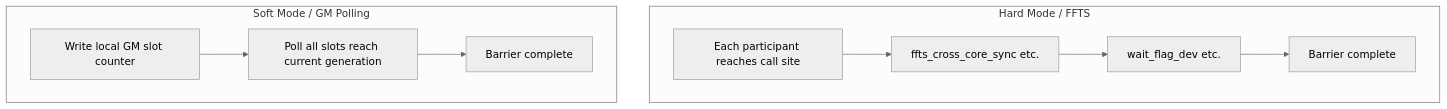
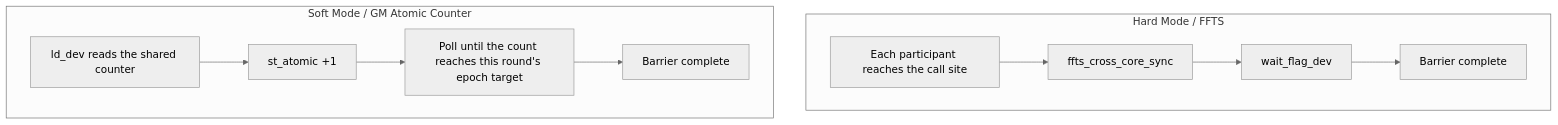
One commit to zouzias/pto-isa-mirror changed the diagram in docs/isa/SYNCALL.md. Above: the diagram before and after it, drawn with Mermaid (neutral theme). The commit also changed other lines of this file and 25 other files, not shown here.

First line of the commit message:
Rework A5 soft SYNCALL onto the shared atomic counter and retrim the docs.

````diff
--- a/docs/isa/SYNCALL.md
+++ b/docs/isa/SYNCALL.md
@@ -9,12 +7,13 @@
 ```mermaid
 flowchart TB
   subgraph hard [Hard Mode / FFTS]
-    H1[Each participant reaches call site] --> H2[ffts_cross_core_sync etc.]
-    H2 --> H3[wait_flag_dev etc.]
+    H1[Each participant reaches the call site] --> H2[ffts_cross_core_sync]
+    H2 --> H3[wait_flag_dev]
     H3 --> H4[Barrier complete]
   end
-  subgraph soft [Soft Mode / GM Polling]
-    S1[Write local GM slot counter] --> S2[Poll all slots reach current generation]
-    S2 --> S3[Barrier complete]
+  subgraph soft [Soft Mode / GM Atomic Counter]
+    S1[ld_dev reads the shared counter] --> S2[st_atomic +1]
+    S2 --> S3[Poll until the count reaches this round's epoch target]
+    S3 --> S4[Barrier complete]
   end
 ```
````
